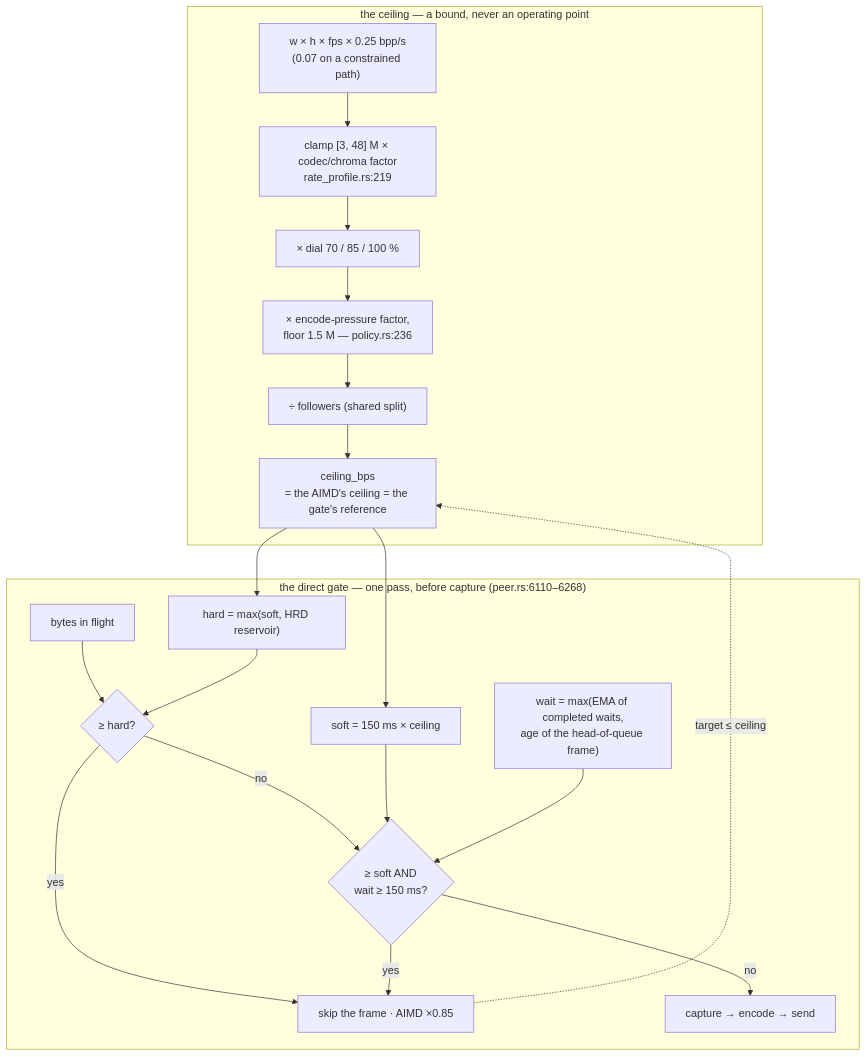
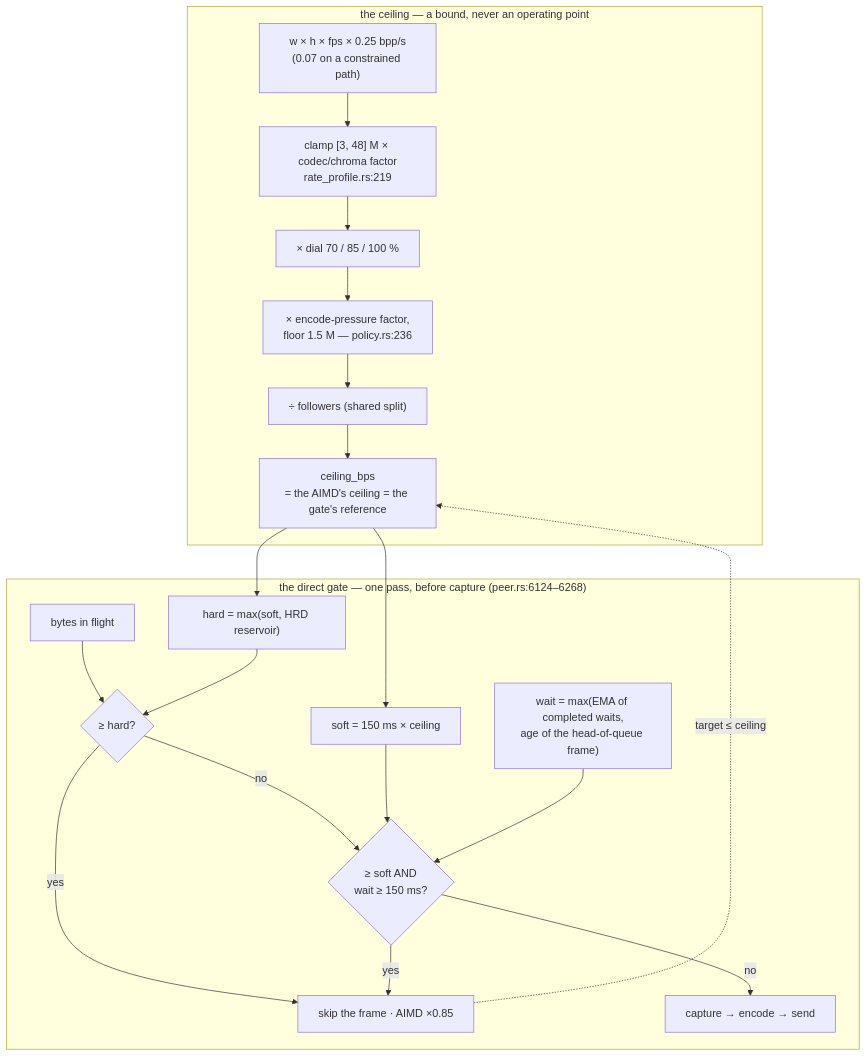
The third of 4 diagrams in docs/rate-control.md (gjovanov/roomler-ai), drawn with Mermaid before and after one commit. The commit also changed other lines of this file and 26 other files, not shown here.

````diff
--- a/docs/rate-control.md
+++ b/docs/rate-control.md
@@ -377,24 +397,24 @@
 ```mermaid
 flowchart TB
     subgraph ceiling["the ceiling — a bound, never an operating point"]
         G["w × h × fps × 0.25 bpp/s<br/>(0.07 on a constrained path)"] --> C["clamp [3, 48] M × codec/chroma factor<br/>rate_profile.rs:219"]
         C --> D["× dial 70 / 85 / 100 %"]
         D --> E["× encode-pressure factor,<br/>floor 1.5 M — policy.rs:236"]
         E --> S["÷ followers (shared split)"]
         S --> CEIL["ceiling_bps<br/>= the AIMD's ceiling = the gate's reference"]
     end
-    subgraph gate["the direct gate — one pass, before capture (peer.rs:6110–6268)"]
+    subgraph gate["the direct gate — one pass, before capture (peer.rs:6124–6268)"]
         CEIL --> SOFT["soft = 150 ms × ceiling"]
         CEIL --> HARD["hard = max(soft, HRD reservoir)"]
         W["wait = max(EMA of completed waits,<br/>age of the head-of-queue frame)"]
         Q["bytes in flight"] --> H{"≥ hard?"}
         HARD --> H
         H -- yes --> TRIP["skip the frame · AIMD ×0.85"]
         H -- no --> SQ{"≥ soft AND<br/>wait ≥ 150 ms?"}
         SOFT --> SQ
         W --> SQ
         SQ -- yes --> TRIP
         SQ -- no --> PASS["capture → encode → send"]
     end
     TRIP -.->|"target ≤ ceiling"| CEIL
 ```
````
